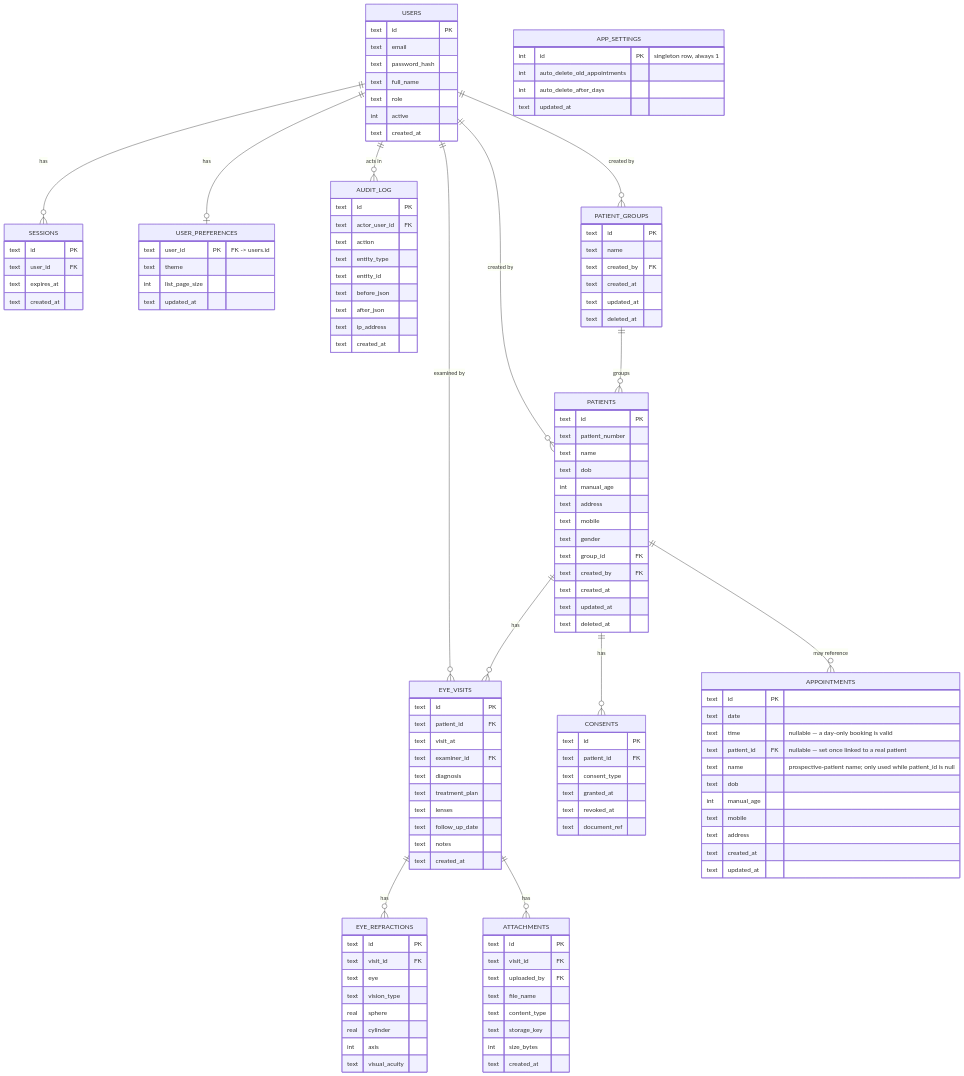
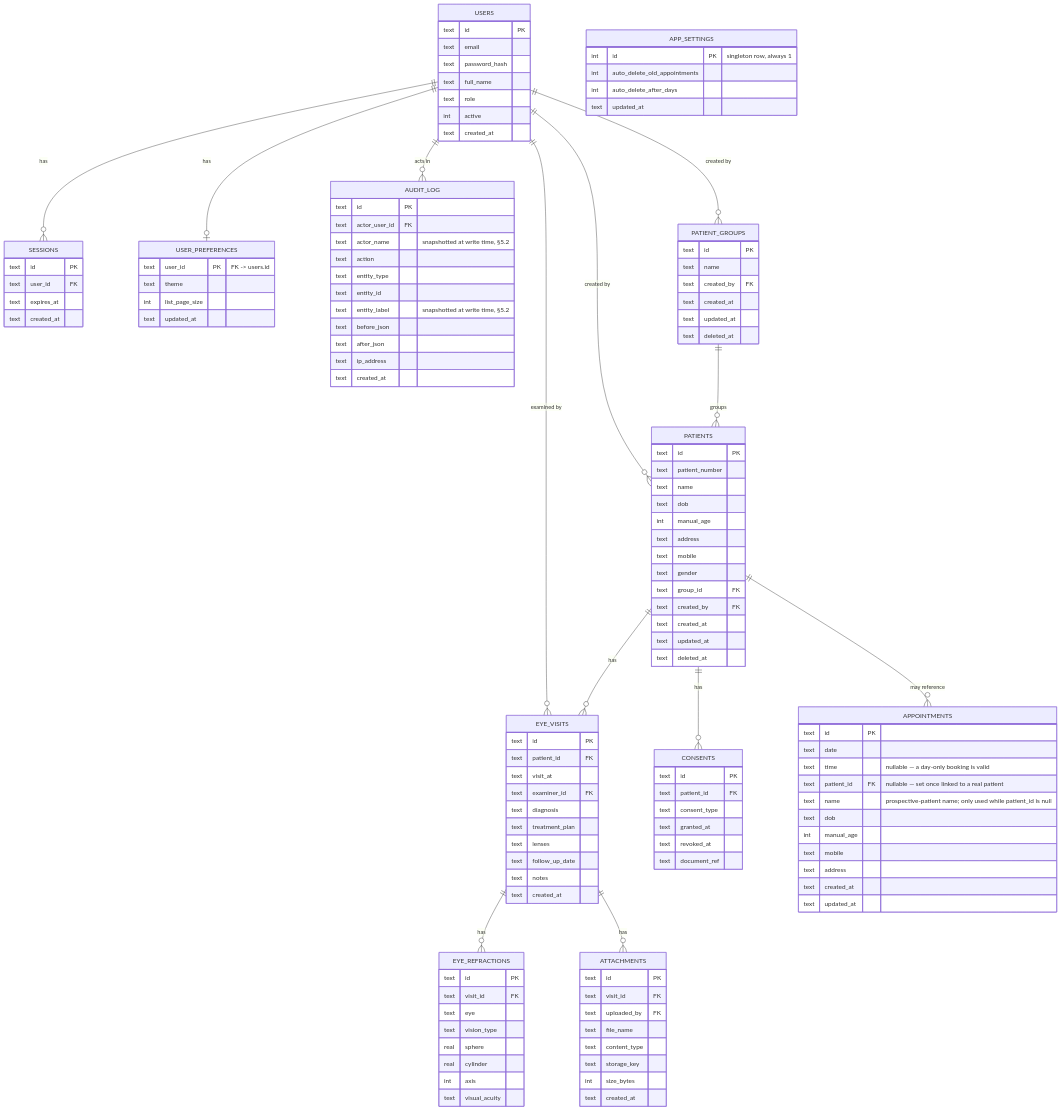
One commit to hashwani19/Testhash changed the second of 2 diagrams in docs/design.md. Above: the diagram before and after it, drawn with Mermaid. The commit also changed other lines of this file and 14 other files, not shown here.

```diff
--- a/docs/design.md
+++ b/docs/design.md
@@ -226,9 +226,11 @@
     AUDIT_LOG {
         text id PK
         text actor_user_id FK
+        text actor_name "snapshotted at write time, §5.2"
         text action
         text entity_type
         text entity_id
+        text entity_label "snapshotted at write time, §5.2"
         text before_json
         text after_json
         text ip_address
```
